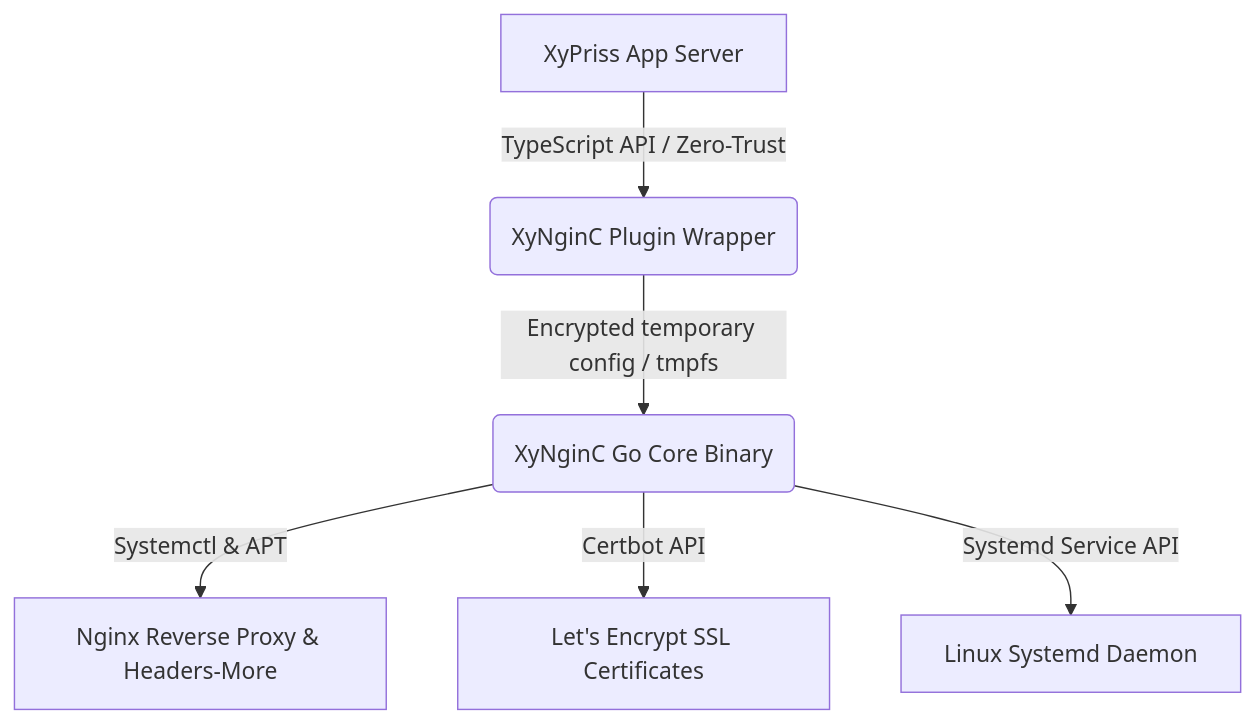
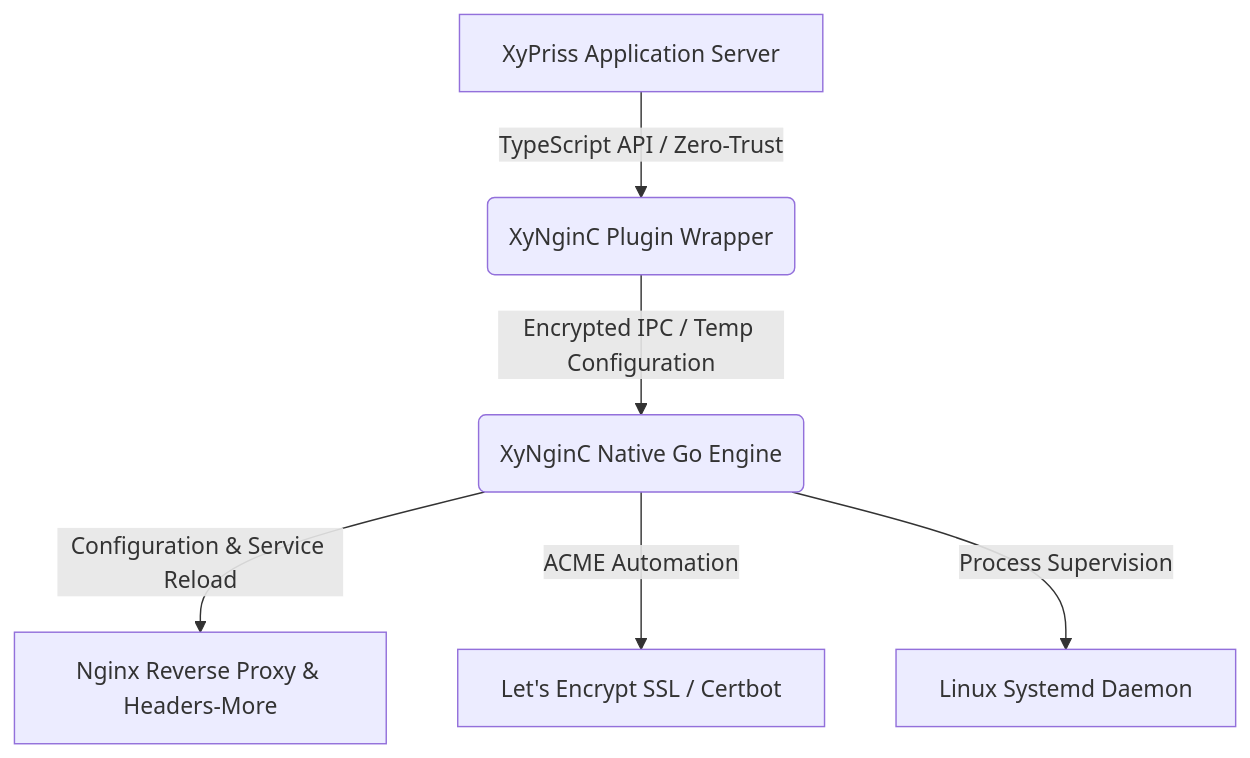
The diagram in README.md (Nehonix-Team/xynginc), drawn with Mermaid before and after one commit. The commit also changed other lines of this file and 1 other file, not shown here.

````diff
--- a/README.md
+++ b/README.md
@@ -252,8 +18,8 @@
 ```mermaid
 graph TD
-    A[XyPriss App Server] -->|TypeScript API / Zero-Trust| B(XyNginC Plugin Wrapper)
-    B -->|Encrypted temporary config / tmpfs| C(XyNginC Go Core Binary)
-    C -->|Systemctl & APT| D[Nginx Reverse Proxy & Headers-More]
-    C -->|Certbot API| E[Let's Encrypt SSL Certificates]
-    C -->|Systemd Service API| F[Linux Systemd Daemon]
+    A[XyPriss Application Server] -->|TypeScript API / Zero-Trust| B(XyNginC Plugin Wrapper)
+    B -->|Encrypted IPC / Temp Configuration| C(XyNginC Native Go Engine)
+    C -->|Configuration & Service Reload| D[Nginx Reverse Proxy & Headers-More]
+    C -->|ACME Automation| E[Let's Encrypt SSL / Certbot]
+    C -->|Process Supervision| F[Linux Systemd Daemon]
 ```
````
